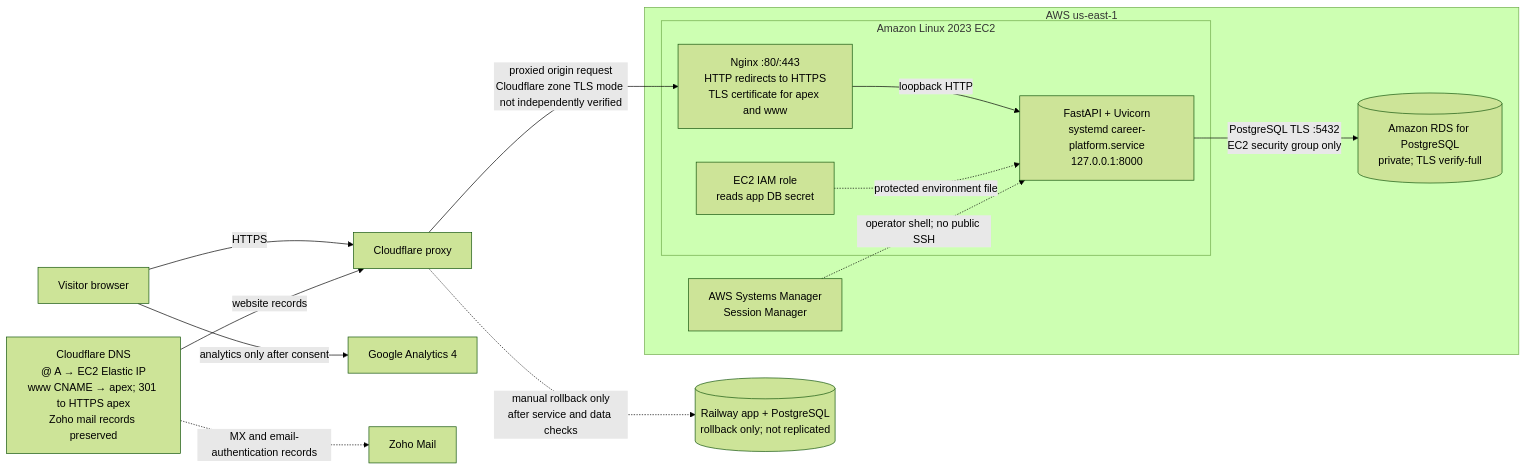
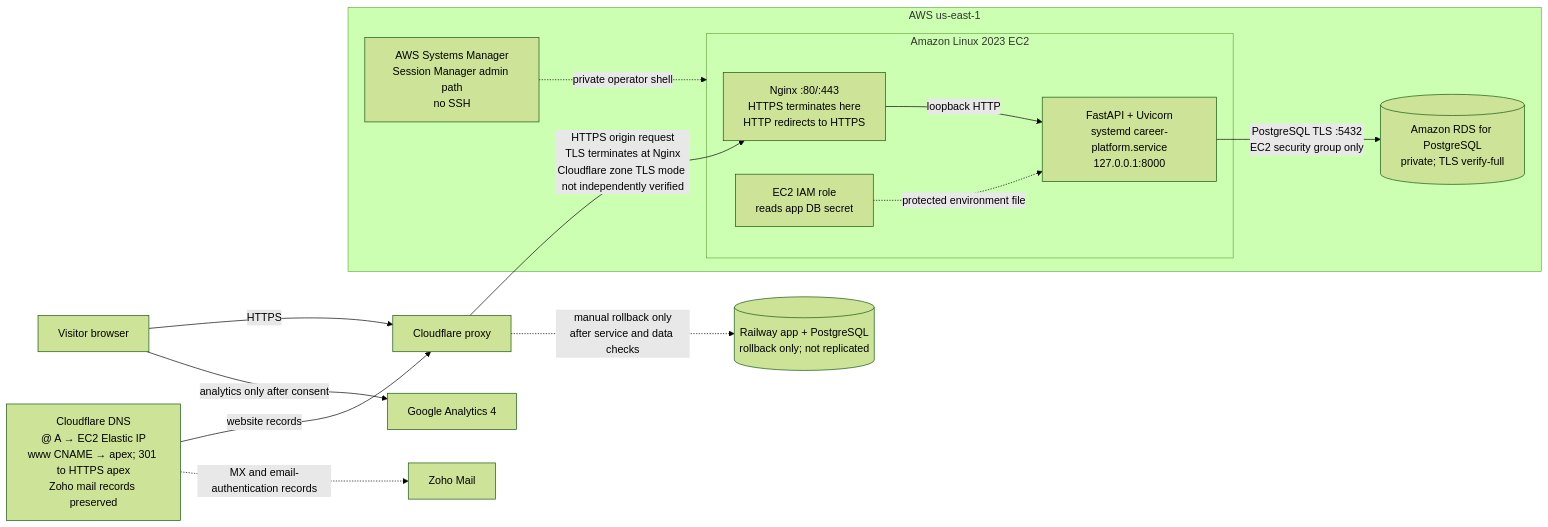
Before and after one commit to ariddick195/career-platform: the diagram in README.md, drawn with Mermaid (forest theme). The commit also changed other lines of this file and 1 other file, not shown here.

Commit message:
Document AWS migration architecture and operations

````diff
--- a/README.md
+++ b/README.md
@@ -106,28 +106,28 @@
 ```mermaid
 flowchart LR
     visitor[Visitor browser]
     dns[Cloudflare DNS<br/>@ A → EC2 Elastic IP<br/>www CNAME → apex; 301 to HTTPS apex<br/>Zoho mail records preserved]
     cf[Cloudflare proxy]
 
     subgraph aws[AWS us-east-1]
       subgraph ec2[Amazon Linux 2023 EC2]
-        nginx[Nginx :80/:443<br/>HTTP redirects to HTTPS<br/>TLS certificate for apex and www]
+        nginx[Nginx :80/:443<br/>HTTPS terminates here<br/>HTTP redirects to HTTPS]
         app[FastAPI + Uvicorn<br/>systemd career-platform.service<br/>127.0.0.1:8000]
         secrets[EC2 IAM role<br/>reads app DB secret]
         nginx -->|loopback HTTP| app
         secrets -.->|protected environment file| app
       end
-      ssm[AWS Systems Manager<br/>Session Manager]
+      ssm[AWS Systems Manager<br/>Session Manager admin path<br/>no SSH]
       rds[(Amazon RDS for PostgreSQL<br/>private; TLS verify-full)]
-      ssm -.->|operator shell; no public SSH| app
+      ssm -.->|private operator shell| ec2
       app -->|PostgreSQL TLS :5432<br/>EC2 security group only| rds
     end
 
     visitor -->|HTTPS| cf
     dns -->|website records| cf
-    cf -->|proxied origin request<br/>Cloudflare zone TLS mode not independently verified| nginx
+    cf -->|HTTPS origin request<br/>TLS terminates at Nginx<br/>Cloudflare zone TLS mode not independently verified| nginx
     railway[(Railway app + PostgreSQL<br/>rollback only; not replicated)]
     cf -.->|manual rollback only<br/>after service and data checks| railway
     visitor -->|analytics only after consent| ga4[Google Analytics 4]
     dns -.->|MX and email-authentication records| mail[Zoho Mail]
 ```
````
